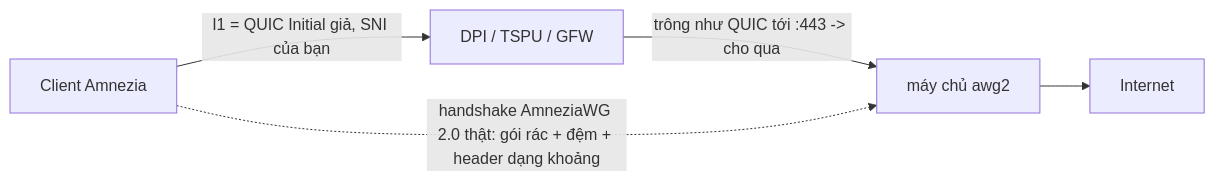
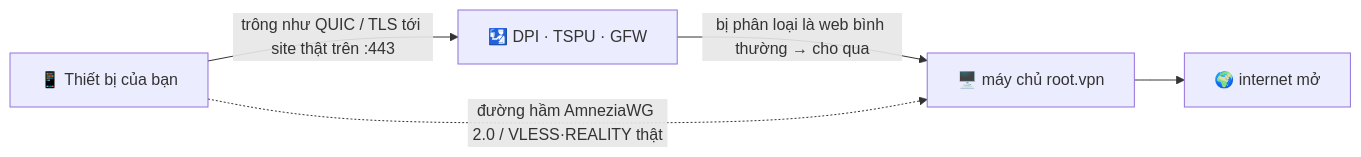
The diagram in README.vi.md (vektort13/root.vpn), drawn with Mermaid before and after one commit. The commit also changed other lines of this file and 3 other files, not shown here.

````diff
--- a/README.vi.md
+++ b/README.vi.md
@@ -44,7 +62,7 @@
 ```mermaid
 flowchart LR
-    C["Client Amnezia"] -->|"I1 = QUIC Initial giả, SNI của bạn"| DPI["DPI / TSPU / GFW"]
-    DPI -->|"trông như QUIC tới :443 -> cho qua"| S["máy chủ awg2"]
-    C -. "handshake AmneziaWG 2.0 thật: gói rác + đệm + header dạng khoảng" .-> S
-    S --> NET["Internet"]
+    C["📱 Thiết bị của bạn"] -->|"trông như QUIC / TLS tới site thật trên :443"| DPI["🛂 DPI · TSPU · GFW"]
+    DPI -->|"bị phân loại là web bình thường → cho qua"| S["🖥️ máy chủ root.vpn"]
+    C -. "đường hầm AmneziaWG 2.0 / VLESS·REALITY thật" .-> S
+    S --> NET["🌍 internet mở"]
 ```
````
